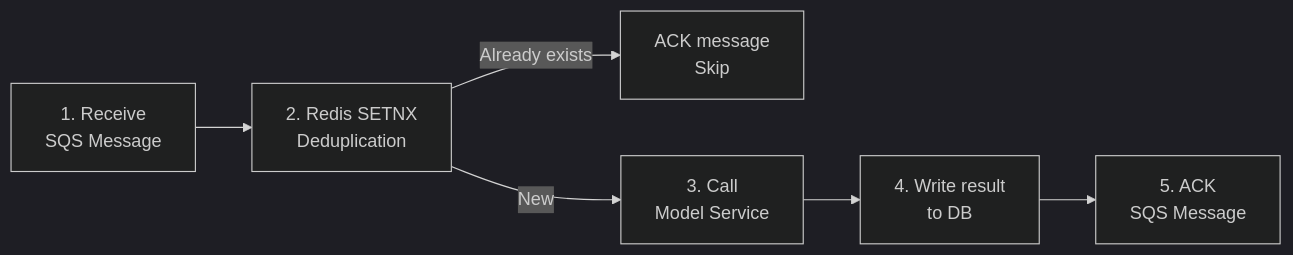
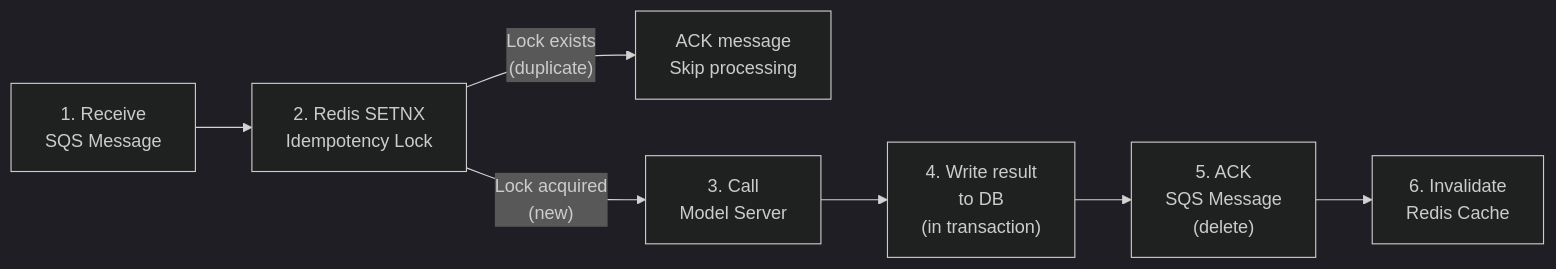
The seventh of 11 diagrams in ARCHITECTURE.md (m24927605/system-architecture-design), drawn with Mermaid (dark theme) before and after one commit. The commit also changed other lines of this file, not shown here.

First line of the commit message:
docs: rewrite ARCHITECTURE.md with 3-phase evolutionary architecture

````diff
--- a/ARCHITECTURE.md
+++ b/ARCHITECTURE.md
@@ -337,8 +773,9 @@
 ```mermaid
 flowchart LR
-    A["1. Receive<br/>SQS Message"] --> B["2. Redis SETNX<br/>Deduplication"]
-    B -->|Already exists| C["ACK message<br/>Skip"]
-    B -->|New| D["3. Call<br/>Model Service"]
-    D --> E["4. Write result<br/>to DB"]
-    E --> F["5. ACK<br/>SQS Message"]
+    A["1. Receive<br/>SQS Message"] --> B["2. Redis SETNX<br/>Idempotency Lock"]
+    B -->|"Lock exists<br/>(duplicate)"| C["ACK message<br/>Skip processing"]
+    B -->|"Lock acquired<br/>(new)"| D["3. Call<br/>Model Server"]
+    D --> E["4. Write result<br/>to DB<br/>(in transaction)"]
+    E --> F["5. ACK<br/>SQS Message<br/>(delete)"]
+    F --> G["6. Invalidate<br/>Redis Cache"]
 ```
````
